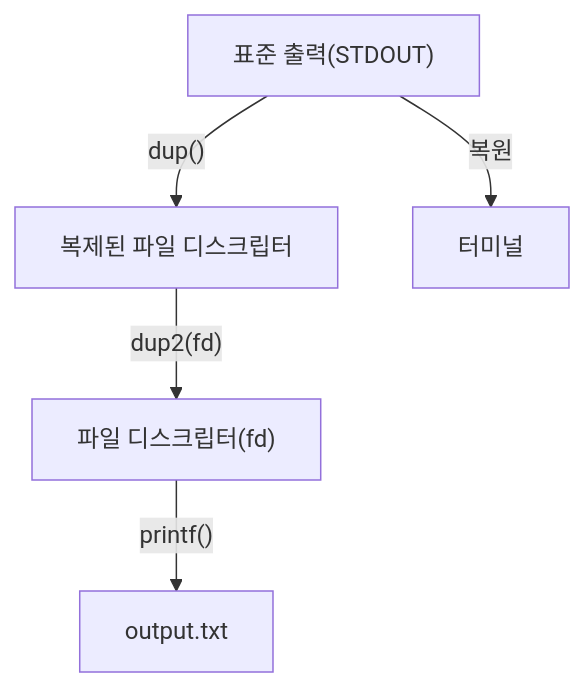
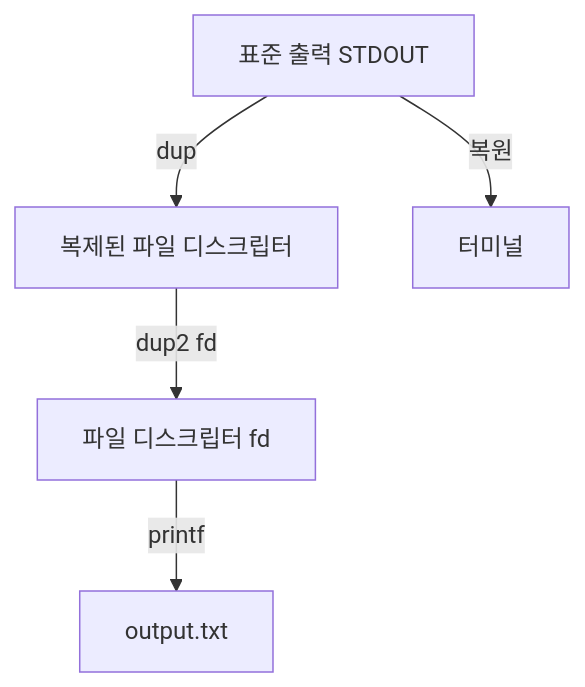
One commit to 42jerrykim/42jerrykim.github.io changed the ninth of 15 diagrams in content/post/2024/2024-09-10-Shell-Redirection/index.md. Above: the diagram before and after it, drawn with Mermaid. The commit also changed other lines of this file and 239 other files, not shown here.

````diff
--- a/content/post/2024/2024-09-10-Shell-Redirection/index.md
+++ b/content/post/2024/2024-09-10-Shell-Redirection/index.md
@@ -575,7 +363,7 @@
 ```mermaid
-graph TD;
-    A["표준 출력(STDOUT)"] -->|"dup()"| B[복제된 파일 디스크립터]
-    B -->|"dup2(fd)"| C["파일 디스크립터(fd)"]
-    C -->|"printf()"| D[output.txt]
-    A -->|복원| E[터미널]
+graph TD
+    StdOut["표준 출력 STDOUT"] -->|"dup"| DupFd["복제된 파일 디스크립터"]
+    DupFd -->|"dup2 fd"| Fd["파일 디스크립터 fd"]
+    Fd -->|"printf"| OutTxt["output.txt"]
+    StdOut -->|"복원"| Term["터미널"]
 ```
````
